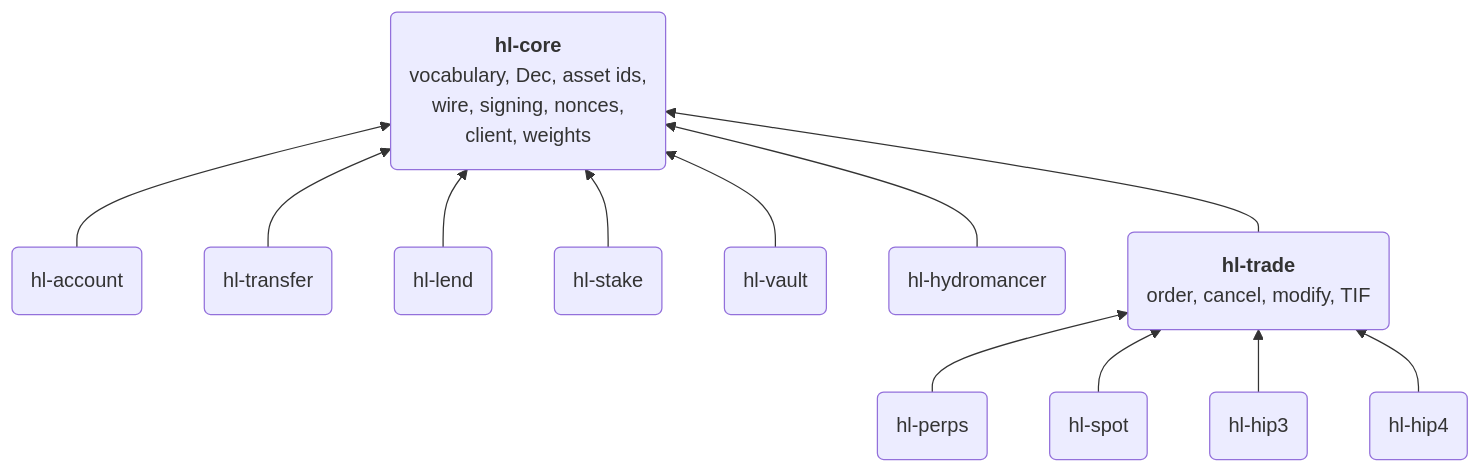
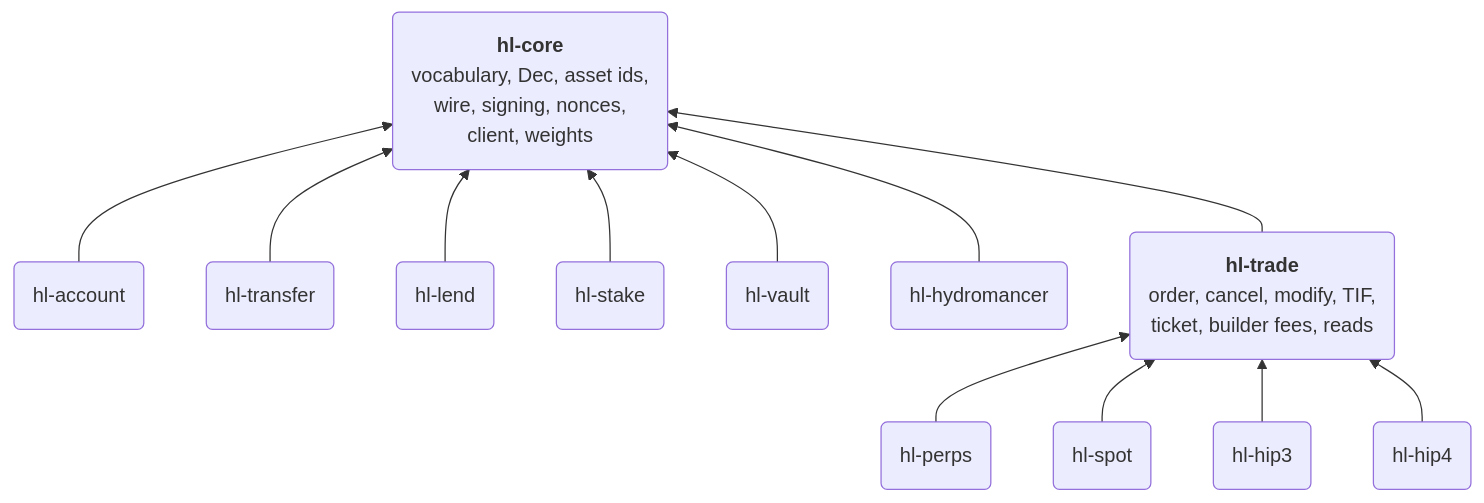
Before and after one commit to dennisfurrer/df-hyperliquid-core: the diagram in README.md, drawn with Mermaid. The commit also changed other lines of this file and 2 other files, not shown here.

Commit message:
feat: every order vector typed

````diff
--- a/README.md
+++ b/README.md
@@ -5,18 +5,18 @@
 ```mermaid
 flowchart BT
   CORE("<b>hl-core</b><br/>vocabulary, Dec, asset ids,<br/>wire, signing, nonces,<br/>client, weights")
-  TRADE("<b>hl-trade</b><br/>order, cancel, modify, TIF")
+  TRADE("<b>hl-trade</b><br/>order, cancel, modify, TIF,<br/>ticket, builder fees, reads")
 
   ACCOUNT("hl-account") --> CORE
   TRANSFER("hl-transfer") --> CORE
   LEND("hl-lend") --> CORE
   STAKE("hl-stake") --> CORE
   VAULT("hl-vault") --> CORE
   HYDRO("hl-hydromancer") --> CORE
   TRADE --> CORE
 
   PERPS("hl-perps") --> TRADE
   SPOT("hl-spot") --> TRADE
   HIP3("hl-hip3") --> TRADE
   HIP4("hl-hip4") --> TRADE
 ```
````
